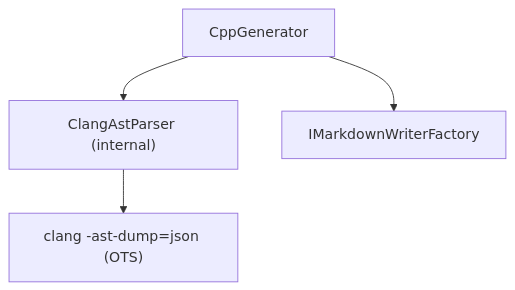
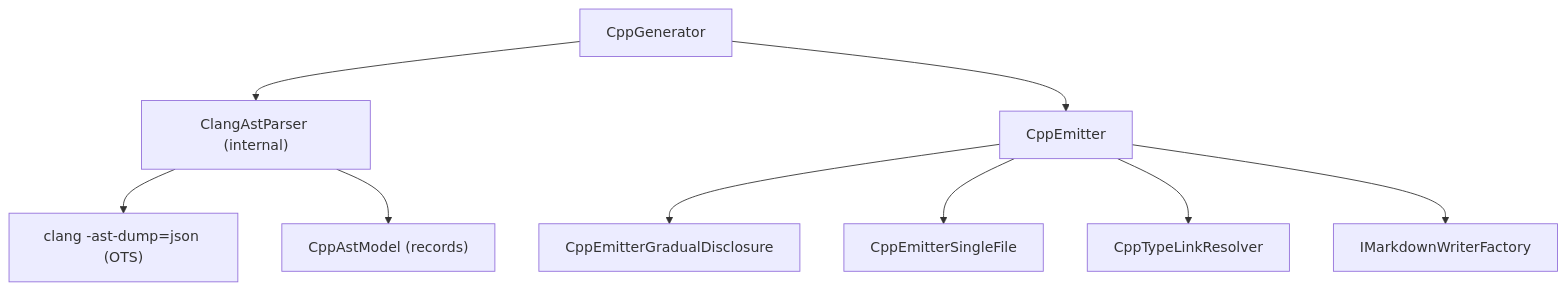
The diagram in docs/design/api-mark-cpp.md (demaconsulting/ApiMark), drawn with Mermaid before and after one commit. The commit also changed other lines of this file and 153 other files, not shown here.

````diff
--- a/docs/design/api-mark-cpp.md
+++ b/docs/design/api-mark-cpp.md
@@ -20,6 +33,11 @@
 ```mermaid
 flowchart TD
     CppGenerator --> ClangAstParser["ClangAstParser (internal)"]
+    CppGenerator --> CppEmitter
     ClangAstParser --> clang["clang -ast-dump=json (OTS)"]
-    CppGenerator --> IMarkdownWriterFactory
+    ClangAstParser --> CppAstModel["CppAstModel (records)"]
+    CppEmitter --> CppEmitterGradualDisclosure
+    CppEmitter --> CppEmitterSingleFile
+    CppEmitter --> CppTypeLinkResolver
+    CppEmitter --> IMarkdownWriterFactory
 ```
````
